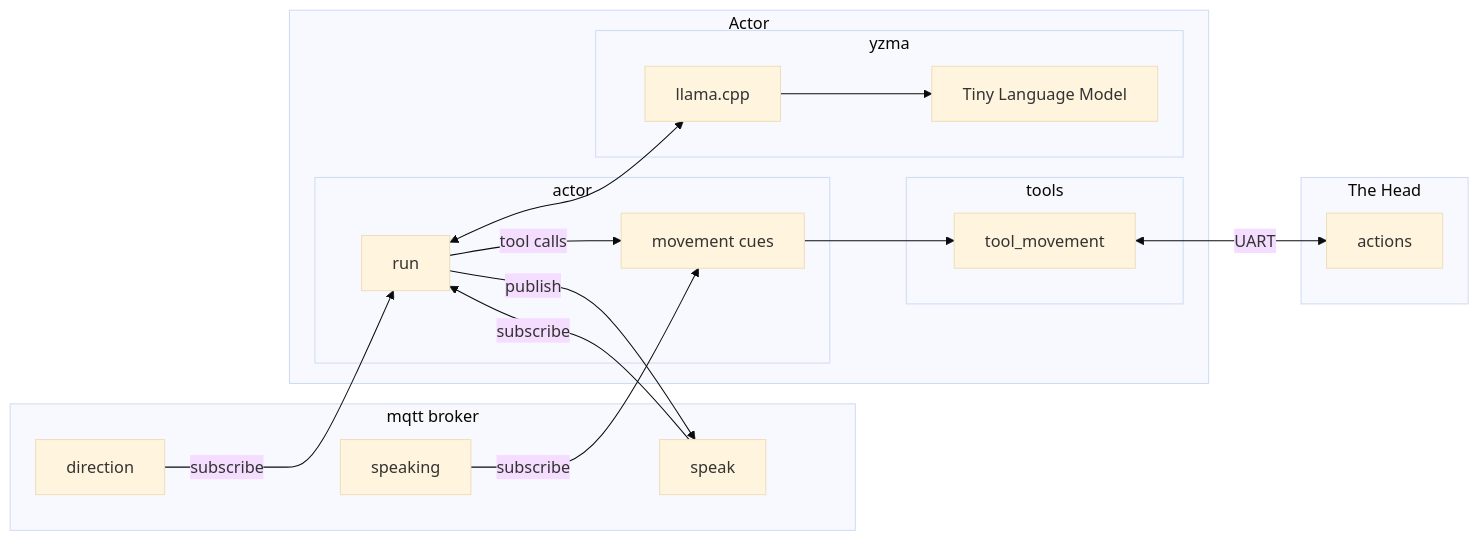
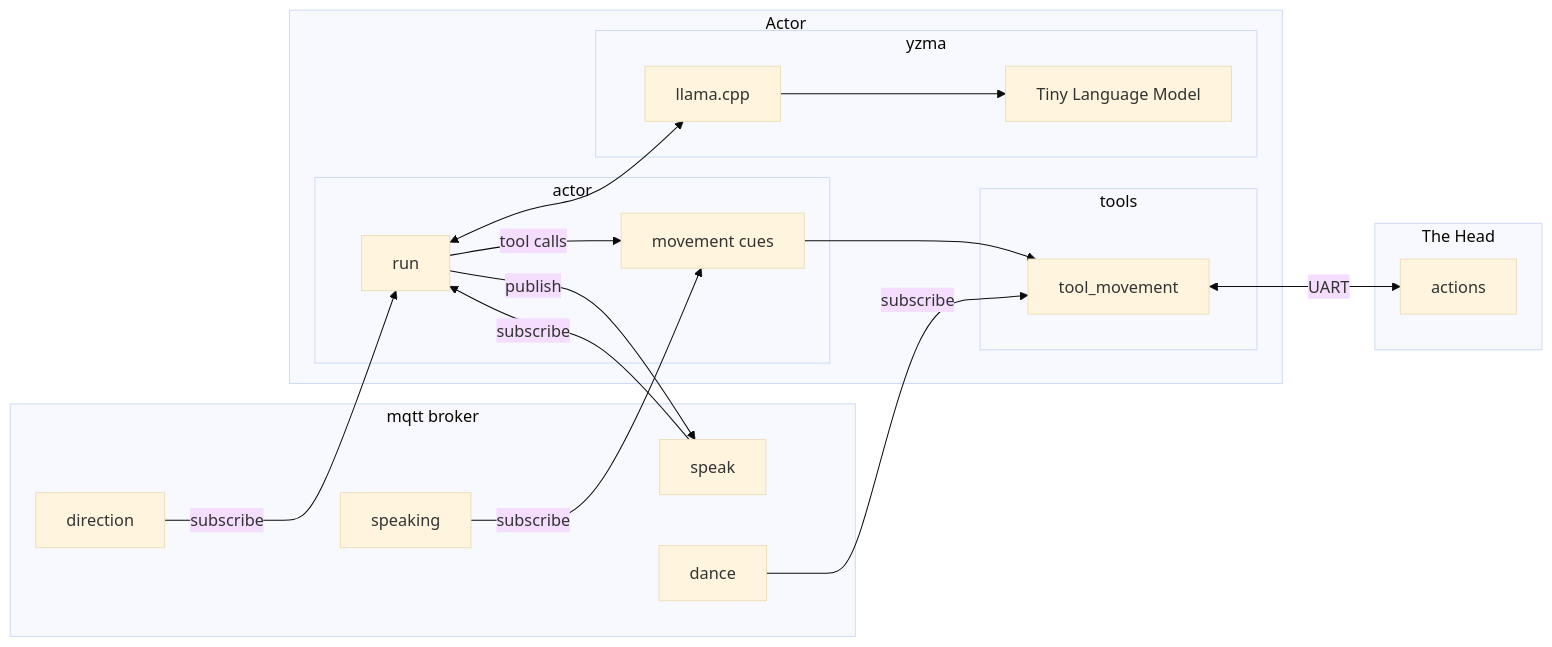
Before and after one commit to talkingheads2053/talkingheads: the second of 6 diagrams in README.md, drawn with Mermaid (base theme). The commit also changed other lines of this file and 6 other files, not shown here.

````diff
--- a/README.md
+++ b/README.md
@@ -63,30 +69,32 @@
 ```mermaid
 flowchart LR
 subgraph mqtt broker
     direction
     speak
     speaking
+    dance
 end
 subgraph Actor
     subgraph actor
         run
         cues[movement cues]
     end
     subgraph tools
         movement[tool_movement]
     end
     subgraph yzma
         run<-->llama.cpp
         llama.cpp-->model[Tiny Language Model]
     end
     direction-- subscribe -->run
     run-- publish -->speak
     speak-- subscribe -->run
     run-- tool calls -->cues
     speaking-- subscribe -->cues
     cues-->movement
+    dance-- subscribe -->movement
 end
 subgraph The Head
     movement<-- UART -->actions
 end
 ```
````
